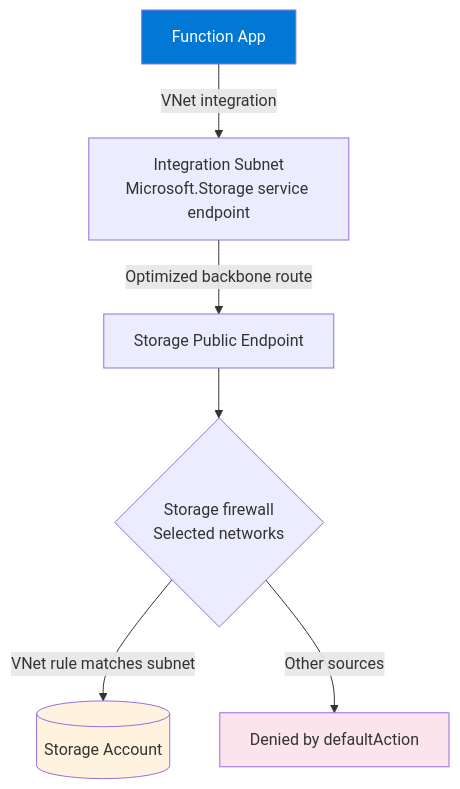
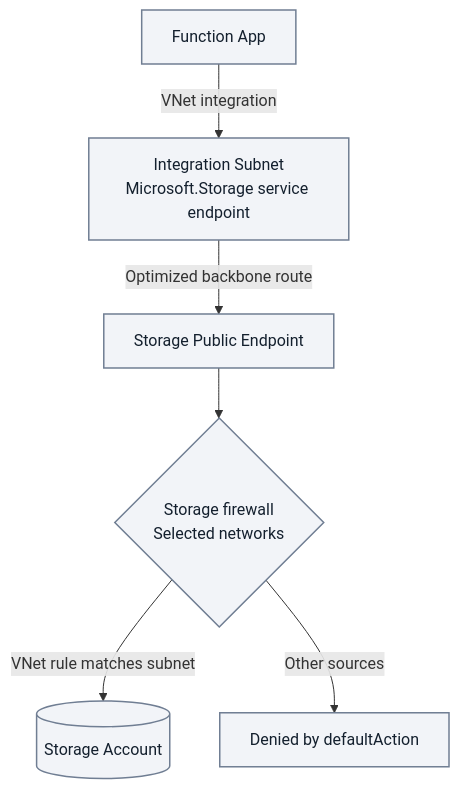
The diagram in docs/platform/networking-scenarios/storage-service-endpoint.md (yeongseon/azure-functions-practical-guide), drawn with Mermaid before and after one commit. The commit also changed 2 other files, not shown here.

Commit message:
docs(diagrams): migrate Functions network scenarios — public only and storage service endpoint (#415)
* docs(diagrams): improve public network scenario readability

Preserve every public dependency and storage decision branch while adding
accessible descriptions and neutral node styling. Use two layout-only links
to keep public dependency labels readable on narrow screens.

Refs #240

* docs(diagrams): refresh owned network scenario inventory

Refresh only the two owned diagram records from the scanner and retain
in-progress status pending maintainer acceptance of the draft migration.

Refs #240

````diff
--- a/docs/platform/networking-scenarios/storage-service-endpoint.md
+++ b/docs/platform/networking-scenarios/storage-service-endpoint.md
@@ -63,12 +63,13 @@
 ```mermaid
 flowchart TD
+    accTitle: Storage service-endpoint path and subnet-rule decision
+    accDescr: Illustrative outbound path from the Function App through its Microsoft.Storage integration subnet to the Storage public endpoint and Selected networks firewall decision. The depicted outcomes are a matching subnet VNet rule reaching Storage and other sources denied by defaultAction; this is not an exhaustive firewall or data-authorization model.
     FA[Function App] -->|VNet integration| SUBNET[Integration Subnet<br/>Microsoft.Storage service endpoint]
     SUBNET -->|Optimized backbone route| PUB[Storage Public Endpoint]
     PUB --> RULE{Storage firewall<br/>Selected networks}
     RULE -->|VNet rule matches subnet| ST[(Storage Account)]
     RULE -->|Other sources| DENY[Denied by defaultAction]
 
-    style FA fill:#0078d4,color:#fff
-    style ST fill:#FFF3E0
-    style DENY fill:#FCE4EC
+    classDef neutral fill:#f2f4f8,stroke:#707e93,stroke-width:1.5px,color:#14202e;
+    class FA,SUBNET,PUB,RULE,ST,DENY neutral;
 ```
````
